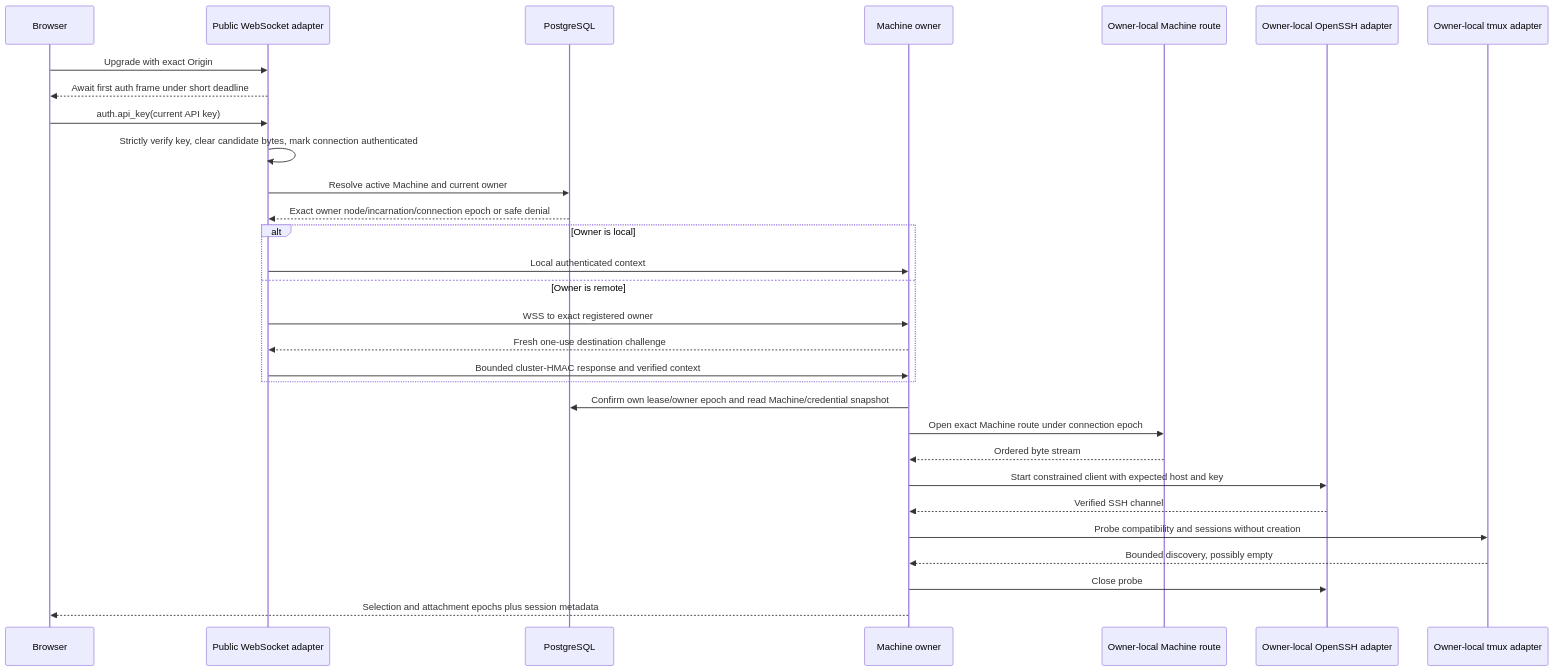
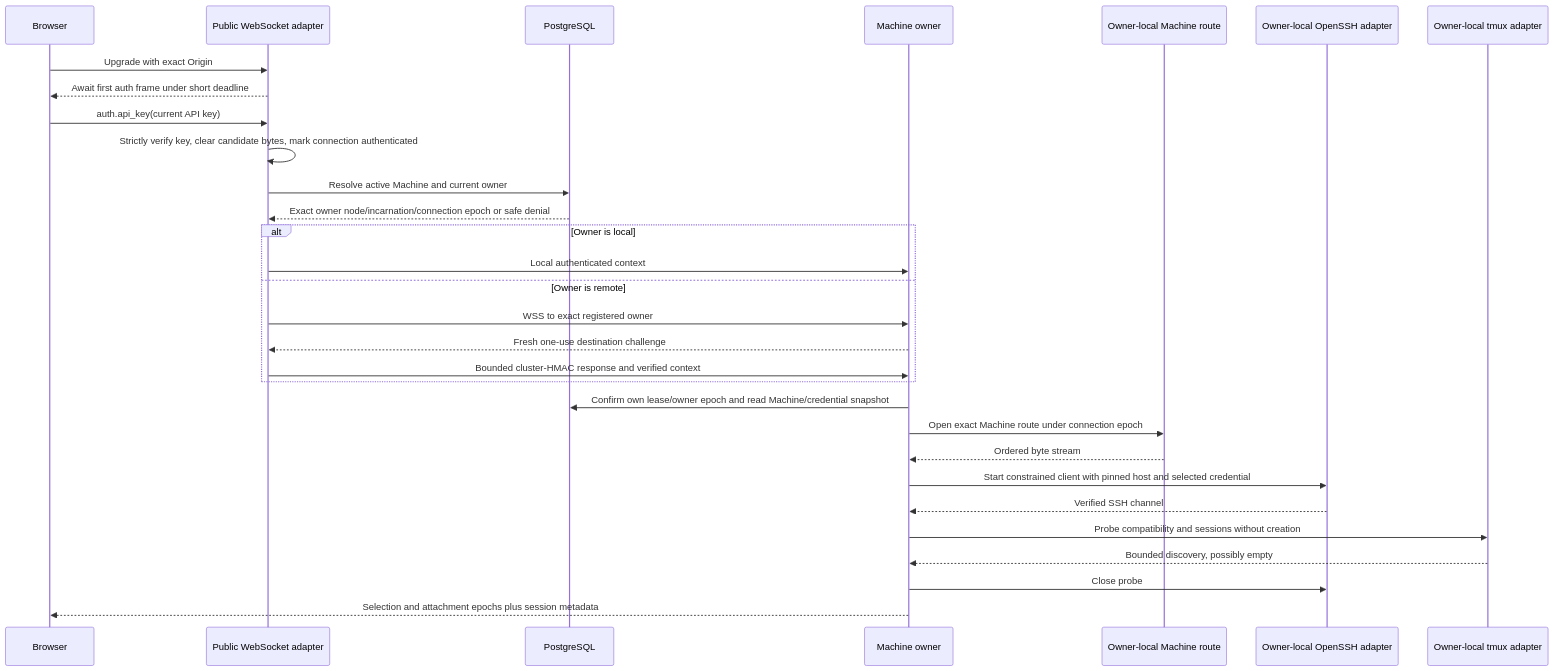
Before and after one commit to Wh1isper/cloud-ssh: the fifth of 5 diagrams in spec/02-domain-and-component-boundaries.md, drawn with Mermaid. The commit also changed other lines of this file and 52 other files, not shown here.

First line of the commit message:
feat(ssh): pin host keys on first enrollment

````diff
--- a/spec/02-domain-and-component-boundaries.md
+++ b/spec/02-domain-and-component-boundaries.md
@@ -279,33 +279,33 @@
 ```mermaid
 sequenceDiagram
     participant Browser
     participant Ingress as Public WebSocket adapter
     participant DB as PostgreSQL
     participant Owner as Machine owner
     participant Route as Owner-local Machine route
     participant SSH as Owner-local OpenSSH adapter
     participant Tmux as Owner-local tmux adapter
 
     Browser->>Ingress: Upgrade with exact Origin
     Ingress-->>Browser: Await first auth frame under short deadline
     Browser->>Ingress: auth.api_key(current API key)
     Ingress->>Ingress: Strictly verify key, clear candidate bytes, mark connection authenticated
     Ingress->>DB: Resolve active Machine and current owner
     DB-->>Ingress: Exact owner node/incarnation/connection epoch or safe denial
     alt Owner is local
         Ingress->>Owner: Local authenticated context
     else Owner is remote
         Ingress->>Owner: WSS to exact registered owner
         Owner-->>Ingress: Fresh one-use destination challenge
         Ingress->>Owner: Bounded cluster-HMAC response and verified context
     end
     Owner->>DB: Confirm own lease/owner epoch and read Machine/credential snapshot
     Owner->>Route: Open exact Machine route under connection epoch
     Route-->>Owner: Ordered byte stream
-    Owner->>SSH: Start constrained client with expected host and key
+    Owner->>SSH: Start constrained client with pinned host and selected credential
     SSH-->>Owner: Verified SSH channel
     Owner->>Tmux: Probe compatibility and sessions without creation
     Tmux-->>Owner: Bounded discovery, possibly empty
     Owner->>SSH: Close probe
     Owner-->>Browser: Selection and attachment epochs plus session metadata
 ```
````
